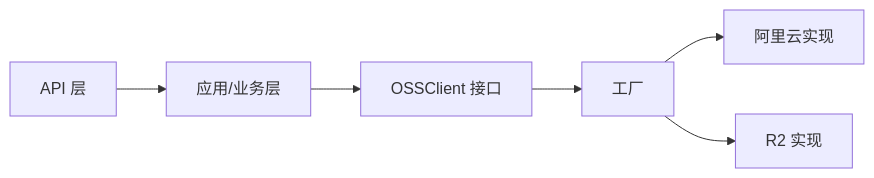
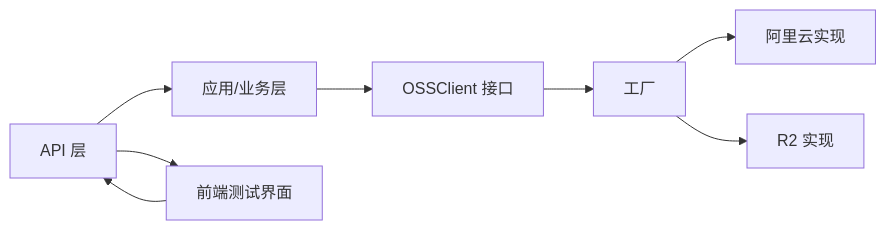
Before and after one commit to ATOMLubover/poprako: the seventh of 7 diagrams in .qoder/repowiki/zh/content/文件存储系统/文件存储系统.md, drawn with Mermaid. The commit also changed other lines of this file and 5 other files, not shown here.

````diff
--- a/.qoder/repowiki/zh/content/文件存储系统/文件存储系统.md
+++ b/.qoder/repowiki/zh/content/文件存储系统/文件存储系统.md
@@ -352,8 +545,10 @@
 ```mermaid
 graph LR
 API["API 层"] --> APP["应用/业务层"]
 APP --> IF["OSSClient 接口"]
 IF --> F["工厂"]
 F --> A["阿里云实现"]
 F --> R["R2 实现"]
+API --> FE["前端测试界面"]
+FE --> API
 ```
````
